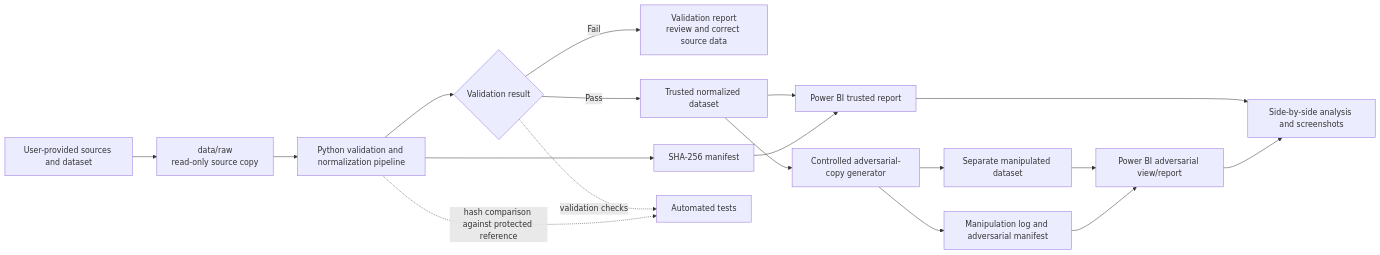
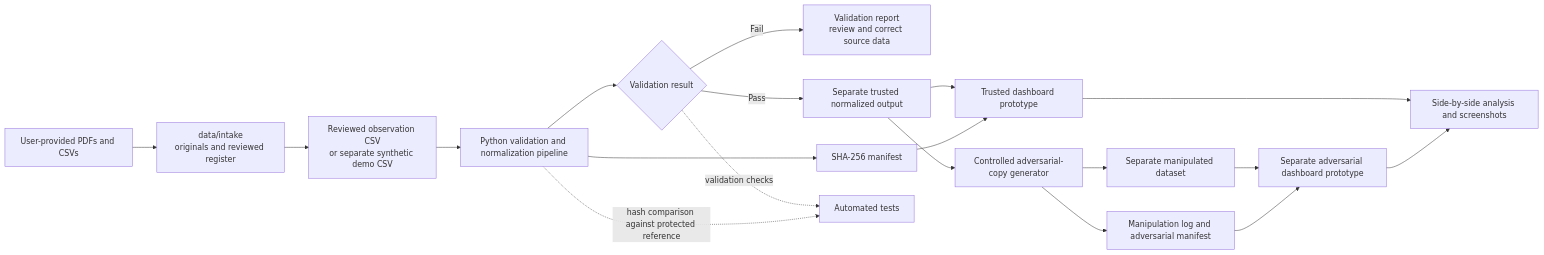
The diagram in docs/system_architecture.md (AndrewY3955/Project), drawn with Mermaid before and after one commit. The commit also changed other lines of this file and 61 other files, not shown here.

````diff
--- a/docs/system_architecture.md
+++ b/docs/system_architecture.md
@@ -5,20 +5,21 @@
 ```mermaid
 flowchart LR
-    U["User-provided sources and dataset"] --> R["data/raw<br/>read-only source copy"]
+    U["User-provided PDFs and CSVs"] --> I["data/intake<br/>originals and reviewed register"]
+    I --> R["Reviewed observation CSV<br/>or separate synthetic demo CSV"]
     R --> P["Python validation and normalization pipeline"]
     P --> V{"Validation result"}
     V -->|Fail| E["Validation report<br/>review and correct source data"]
-    V -->|Pass| T["Trusted normalized dataset"]
+    V -->|Pass| T["Separate trusted normalized output"]
     P --> M["SHA-256 manifest"]
-    T --> PB["Power BI trusted report"]
+    T --> PB["Trusted dashboard prototype"]
     M --> PB
     T --> A["Controlled adversarial-copy generator"]
     A --> X["Separate manipulated dataset"]
     A --> L["Manipulation log and adversarial manifest"]
-    X --> PX["Power BI adversarial view/report"]
+    X --> PX["Separate adversarial dashboard prototype"]
     L --> PX
     PB --> C["Side-by-side analysis and screenshots"]
     PX --> C
     V -. "validation checks" .-> Q["Automated tests"]
     P -. "hash comparison against protected reference" .-> Q
 ```
````
